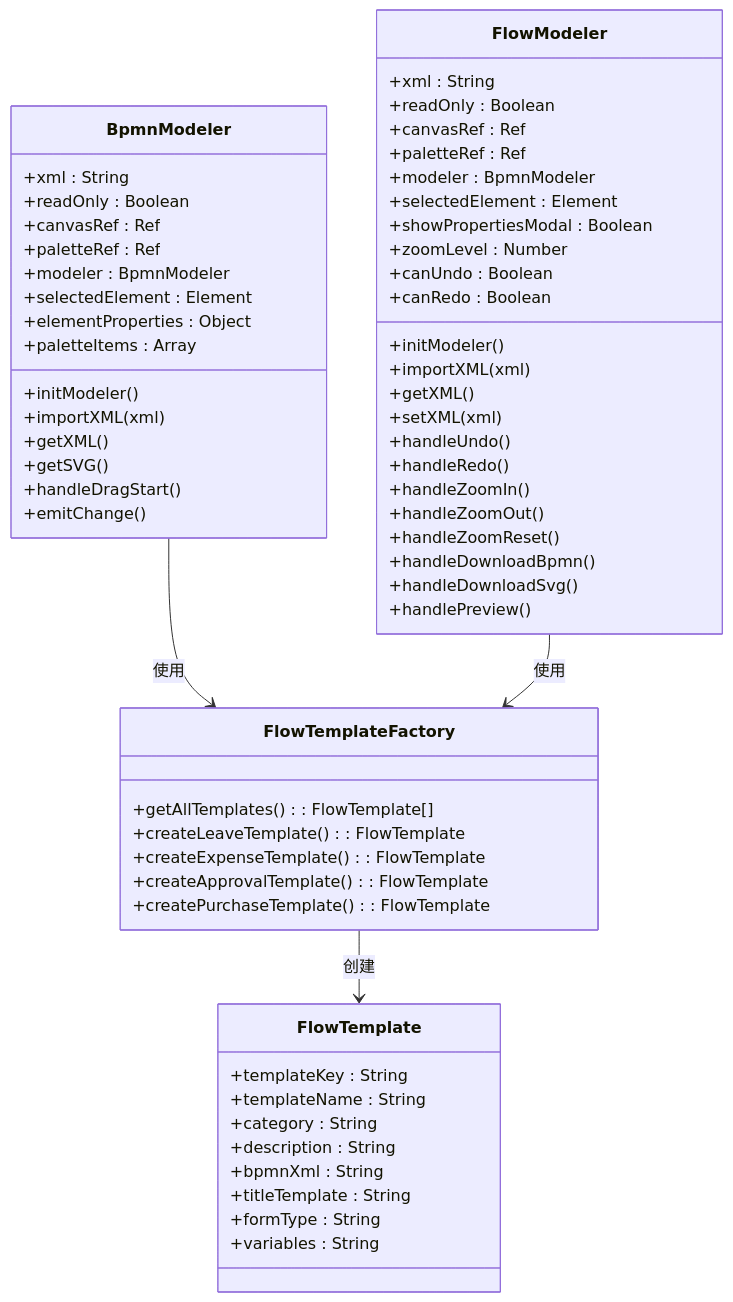
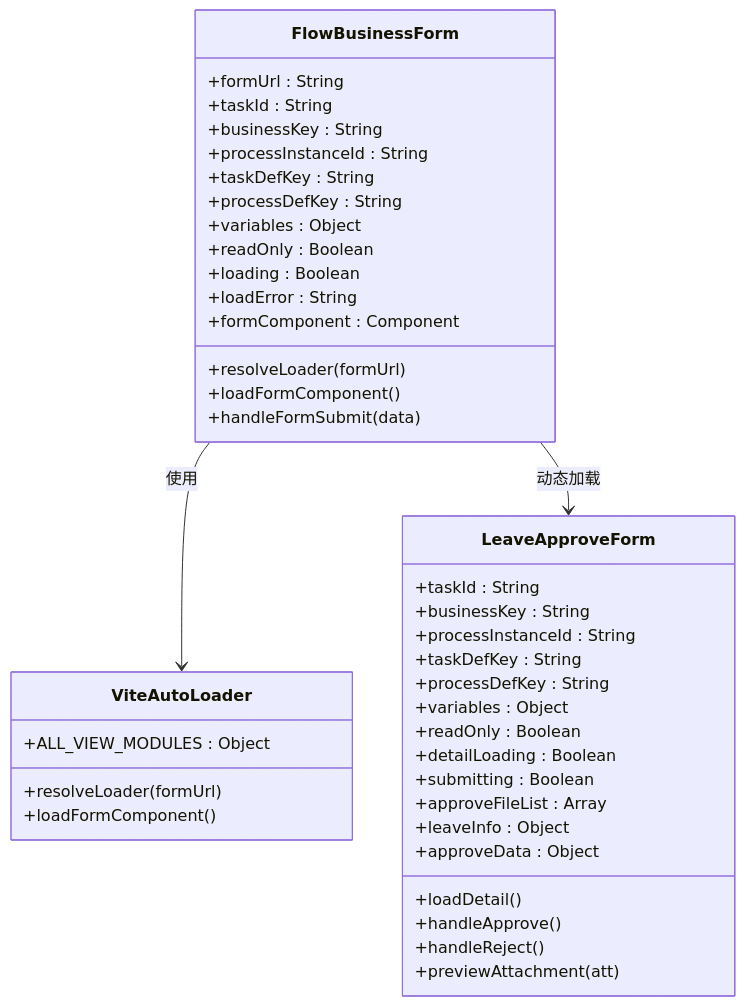
The third of 11 diagrams in .qoder/repowiki/zh/content/前端框架详解/前端工作流组件.md (yaomindong1996/forge-admin), drawn with Mermaid before and after one commit. The commit also changed other lines of this file and 76 other files, not shown here.

````diff
--- a/.qoder/repowiki/zh/content/前端框架详解/前端工作流组件.md
+++ b/.qoder/repowiki/zh/content/前端框架详解/前端工作流组件.md
@@ -241,63 +277,44 @@
 ```mermaid
 classDiagram
-class BpmnModeler {
-+xml : String
+class FlowBusinessForm {
++formUrl : String
++taskId : String
++businessKey : String
++processInstanceId : String
++taskDefKey : String
++processDefKey : String
++variables : Object
 +readOnly : Boolean
-+canvasRef : Ref
-+paletteRef : Ref
-+modeler : BpmnModeler
-+selectedElement : Element
-+elementProperties : Object
-+paletteItems : Array
-+initModeler()
-+importXML(xml)
-+getXML()
-+getSVG()
-+handleDragStart()
-+emitChange()
++loading : Boolean
++loadError : String
++formComponent : Component
++resolveLoader(formUrl)
++loadFormComponent()
++handleFormSubmit(data)
 }
-class FlowModeler {
-+xml : String
+class LeaveApproveForm {
++taskId : String
++businessKey : String
++processInstanceId : String
++taskDefKey : String
++processDefKey : String
++variables : Object
 +readOnly : Boolean
-+canvasRef : Ref
-+paletteRef : Ref
-+modeler : BpmnModeler
-+selectedElement : Element
-+showPropertiesModal : Boolean
-+zoomLevel : Number
-+canUndo : Boolean
-+canRedo : Boolean
-+initModeler()
-+importXML(xml)
-+getXML()
-+setXML(xml)
-+handleUndo()
-+handleRedo()
-+handleZoomIn()
-+handleZoomOut()
-+handleZoomReset()
-+handleDownloadBpmn()
-+handleDownloadSvg()
-+handlePreview()
++detailLoading : Boolean
++submitting : Boolean
++approveFileList : Array
++leaveInfo : Object
++approveData : Object
++loadDetail()
++handleApprove()
++handleReject()
++previewAttachment(att)
 }
-class FlowTemplateFactory {
-+getAllTemplates() : FlowTemplate[]
-+createLeaveTemplate() : FlowTemplate
-+createExpenseTemplate() : FlowTemplate
-+createApprovalTemplate() : FlowTemplate
-+createPurchaseTemplate() : FlowTemplate
+class ViteAutoLoader {
++ALL_VIEW_MODULES : Object
++resolveLoader(formUrl)
++loadFormComponent()
 }
-class FlowTemplate {
-+templateKey : String
-+templateName : String
-+category : String
-+description : String
-+bpmnXml : String
-+titleTemplate : String
-+formType : String
-+variables : String
-}
-BpmnModeler --> FlowTemplateFactory : 使用
-FlowTemplateFactory --> FlowTemplate : 创建
-FlowModeler --> FlowTemplateFactory : 使用
+FlowBusinessForm --> ViteAutoLoader : 使用
+FlowBusinessForm --> LeaveApproveForm : 动态加载
 ```
````
